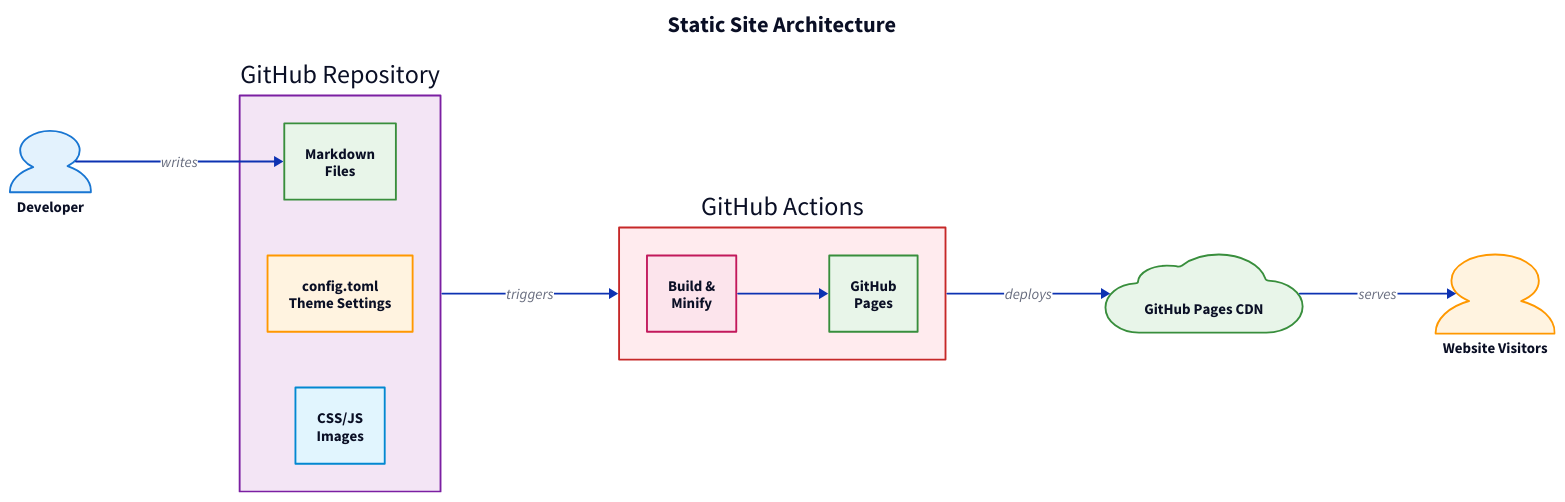
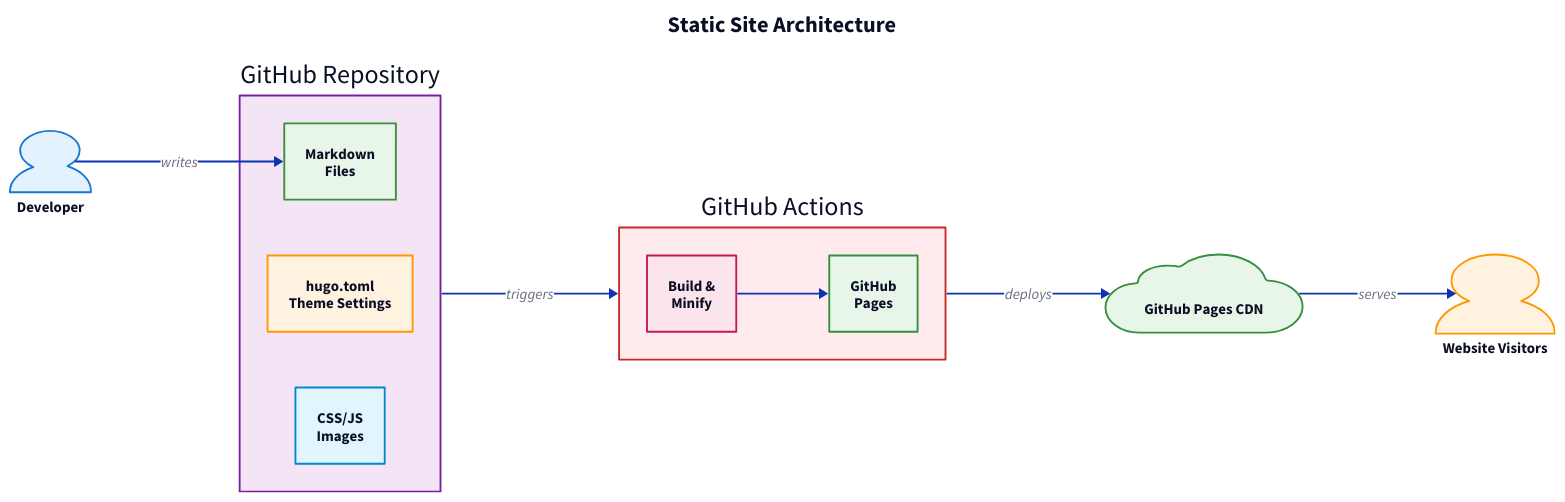
Before and after one commit to ayoinc/cloud-sandbox-backstage: the first of 2 diagrams in templates/marketing-static-site/skeleton/docs/index.md, drawn with D2. The commit also changed other lines of this file and 102 other files, not shown here.

````diff
--- a/templates/marketing-static-site/skeleton/docs/index.md
+++ b/templates/marketing-static-site/skeleton/docs/index.md
@@ -16,76 +16,76 @@
 ```d2
 direction: right
 
 title: {
   label: Static Site Architecture
   near: top-center
   shape: text
   style.font-size: 24
   style.bold: true
 }
 
 developer: Developer {
   shape: person
   style.fill: "#E3F2FD"
   style.stroke: "#1976D2"
 }
 
 repo: GitHub Repository {
   style.fill: "#F3E5F5"
   style.stroke: "#7B1FA2"
 
   content: Content {
     label: "Markdown\nFiles"
     style.fill: "#E8F5E9"
     style.stroke: "#388E3C"
   }
 
   config: Config {
-    label: "config.toml\nTheme Settings"
+    label: "hugo.toml\nTheme Settings"
     style.fill: "#FFF3E0"
     style.stroke: "#FF9800"
   }
 
   static: Static Assets {
     label: "CSS/JS\nImages"
     style.fill: "#E1F5FE"
     style.stroke: "#0288D1"
   }
 }
 
 actions: GitHub Actions {
   style.fill: "#FFEBEE"
   style.stroke: "#C62828"
 
   build: Hugo Build {
     label: "Build &\nMinify"
     style.fill: "#FCE4EC"
     style.stroke: "#C2185B"
   }
 
   deploy: Deploy {
     label: "GitHub\nPages"
     style.fill: "#E8F5E9"
     style.stroke: "#388E3C"
   }
 
   build -> deploy
 }
 
 cdn: GitHub Pages CDN {
   shape: cloud
   style.fill: "#E8F5E9"
   style.stroke: "#388E3C"
 }
 
 users: Website Visitors {
   shape: person
   style.fill: "#FFF3E0"
   style.stroke: "#FF9800"
 }
 
 developer -> repo.content: writes
 repo -> actions: triggers
 actions -> cdn: deploys
 cdn -> users: serves
 ```
````
